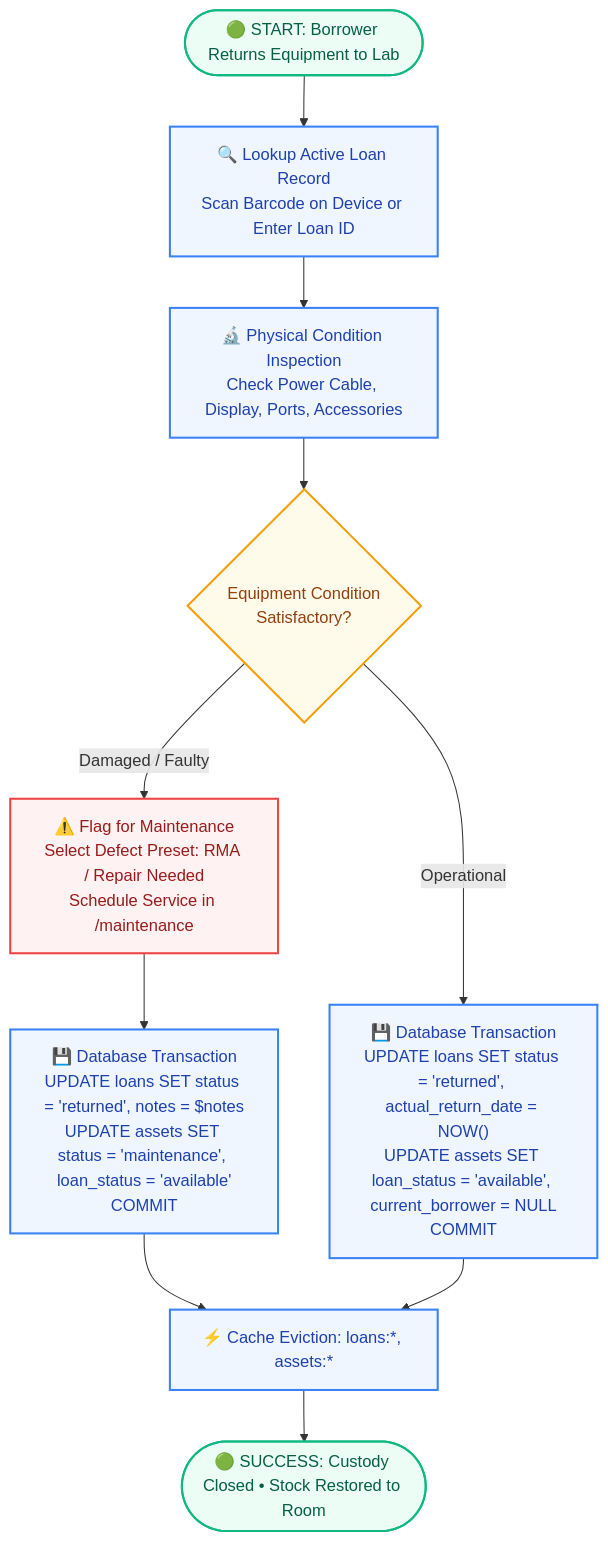
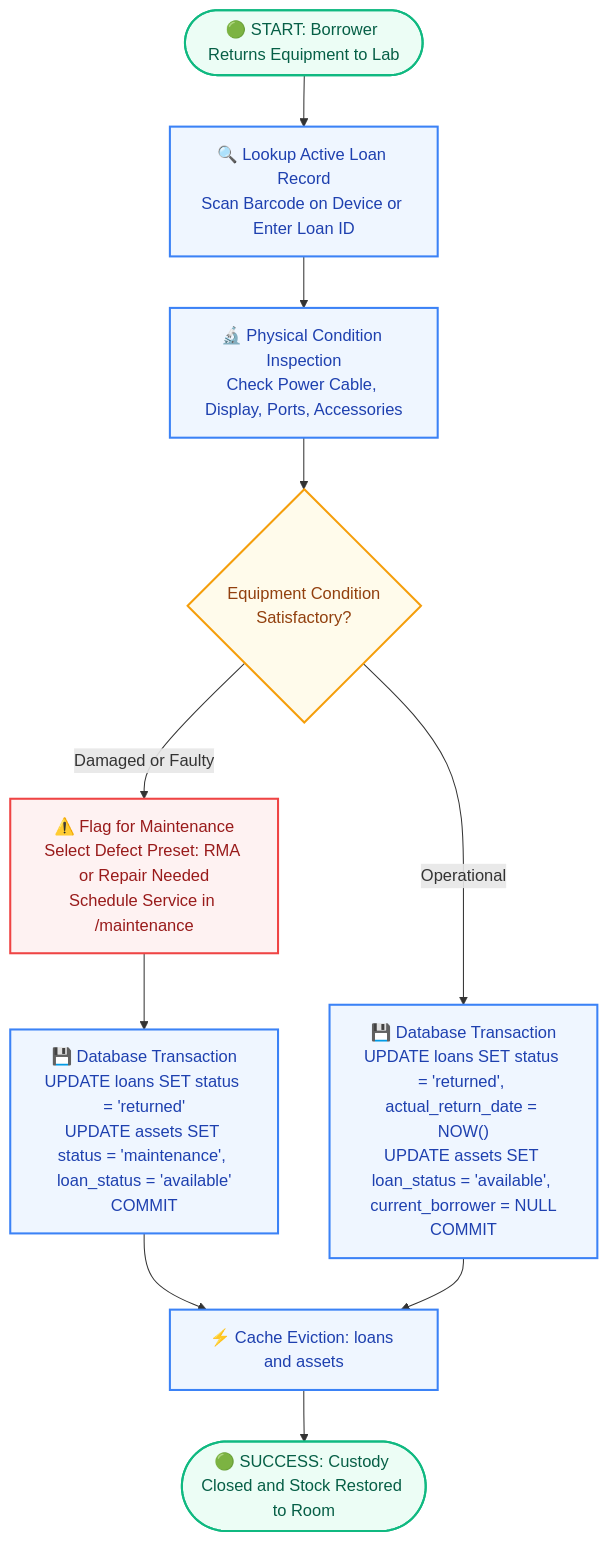
The third of 5 diagrams in docs/diagrams/README.md (Ari-ICU/lab-stock), drawn with Mermaid before and after one commit. The commit also changed other lines of this file and 1 other file, not shown here.

Commit message:
docs: sanitize Mermaid flowchart syntax in markdown documentation

````diff
--- a/docs/diagrams/README.md
+++ b/docs/diagrams/README.md
@@ -103,27 +103,27 @@
 ```mermaid
 flowchart TD
-    StartReturn([🟢 START: Borrower Returns Equipment to Lab]) --> IdentifyLoan[🔍 Lookup Active Loan Record<br/>Scan Barcode on Device or Enter Loan ID]
-    IdentifyLoan --> InspectHW[🔬 Physical Condition Inspection<br/>Check Power Cable, Display, Ports, Accessories]
+    StartReturn(["🟢 START: Borrower Returns Equipment to Lab"]) --> IdentifyLoan["🔍 Lookup Active Loan Record<br/>Scan Barcode on Device or Enter Loan ID"]
+    IdentifyLoan --> InspectHW["🔬 Physical Condition Inspection<br/>Check Power Cable, Display, Ports, Accessories"]
     
-    InspectHW --> ConditionDecision{Equipment Condition<br/>Satisfactory?}
+    InspectHW --> ConditionDecision{"Equipment Condition<br/>Satisfactory?"}
     
-    ConditionDecision -- Damaged / Faulty --> LogDefect["⚠️ Flag for Maintenance<br/>Select Defect Preset: RMA / Repair Needed<br/>Schedule Service in /maintenance"]
-    LogDefect --> CloseLoanMaint["💾 Database Transaction<br/>UPDATE loans SET status = 'returned', notes = $notes<br/>UPDATE assets SET status = 'maintenance', loan_status = 'available'<br/>COMMIT"]
+    ConditionDecision -- Damaged or Faulty --> LogDefect["⚠️ Flag for Maintenance<br/>Select Defect Preset: RMA or Repair Needed<br/>Schedule Service in /maintenance"]
+    LogDefect --> CloseLoanMaint["💾 Database Transaction<br/>UPDATE loans SET status = 'returned'<br/>UPDATE assets SET status = 'maintenance', loan_status = 'available'<br/>COMMIT"]
     
     ConditionDecision -- Operational --> CloseLoanGood["💾 Database Transaction<br/>UPDATE loans SET status = 'returned', actual_return_date = NOW()<br/>UPDATE assets SET loan_status = 'available', current_borrower = NULL<br/>COMMIT"]
     
-    CloseLoanMaint --> EvictReturnCache["⚡ Cache Eviction: loans:*, assets:*"]
+    CloseLoanMaint --> EvictReturnCache["⚡ Cache Eviction: loans and assets"]
     CloseLoanGood --> EvictReturnCache
     
-    EvictReturnCache --> ReturnSuccess([🟢 SUCCESS: Custody Closed • Stock Restored to Room])
+    EvictReturnCache --> ReturnSuccess(["🟢 SUCCESS: Custody Closed and Stock Restored to Room"])
 
     classDef green fill:#ecfdf5,stroke:#10b981,stroke-width:2px,color:#065f46;
     classDef amber fill:#fffbeb,stroke:#f59e0b,stroke-width:2px,color:#92400e;
     classDef red fill:#fef2f2,stroke:#ef4444,stroke-width:2px,color:#991b1b;
     classDef blue fill:#eff6ff,stroke:#3b82f6,stroke-width:2px,color:#1e40af;
     
     class StartReturn,ReturnSuccess green;
     class ConditionDecision amber;
     class LogDefect red;
     class IdentifyLoan,InspectHW,CloseLoanGood,CloseLoanMaint,EvictReturnCache blue;
 ```
````
